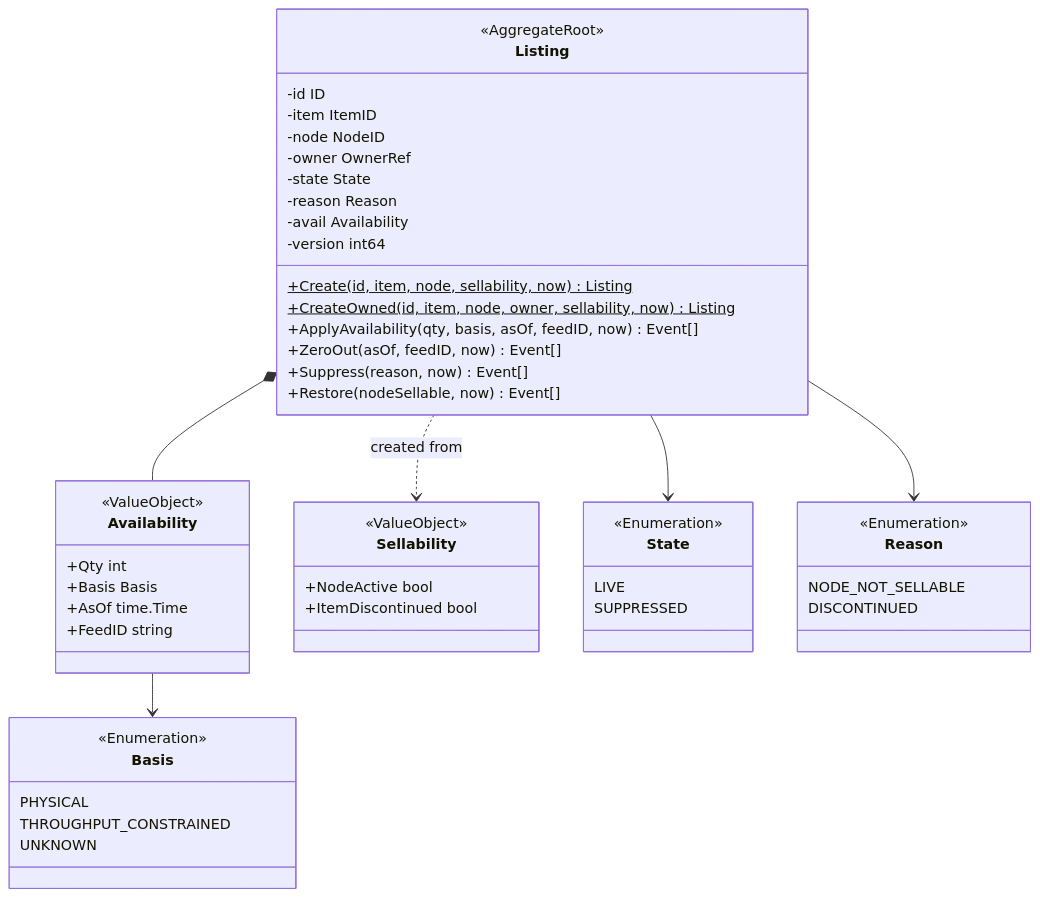
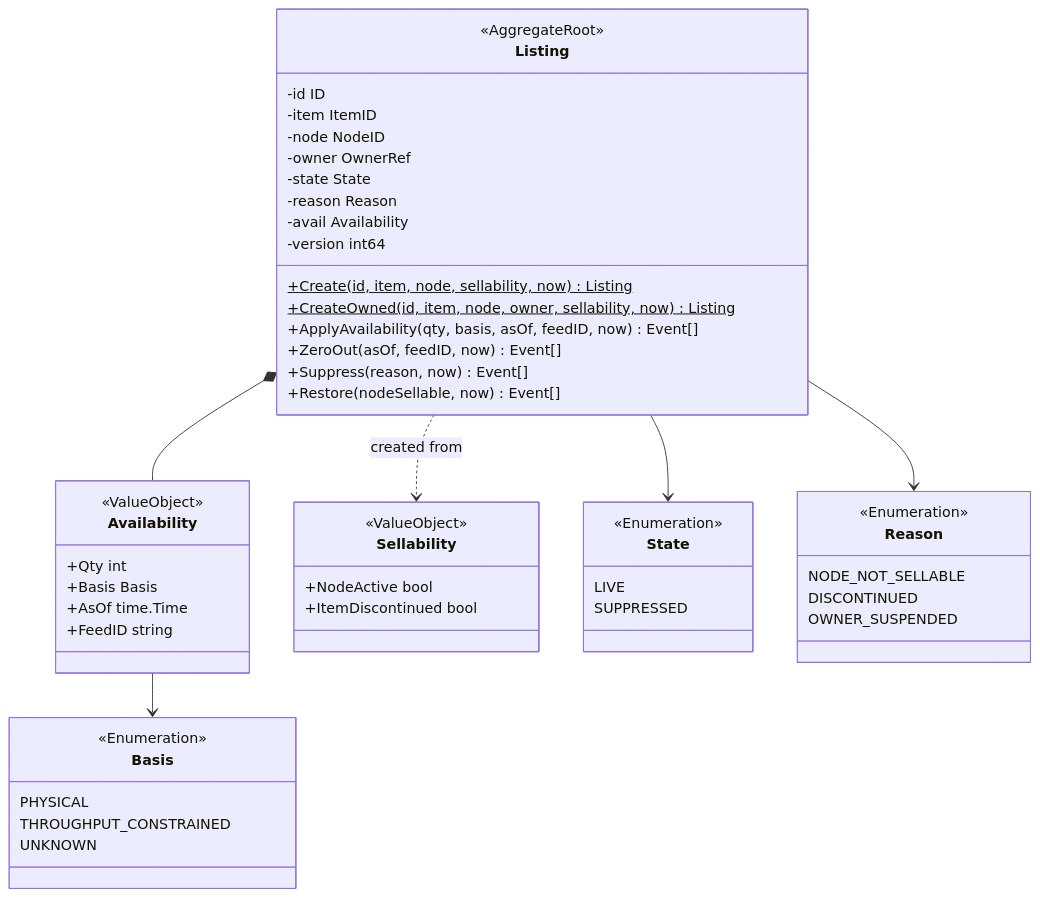
One commit to IQVO/offer-availability changed the second of 7 diagrams in docs/docs/ddd/class-diagram.md. Above: the diagram before and after it, drawn with Mermaid. The commit also changed 15 other files, not shown here.

````diff
--- a/docs/docs/ddd/class-diagram.md
+++ b/docs/docs/ddd/class-diagram.md
@@ -85,54 +85,55 @@
 ```mermaid
 classDiagram
     direction TB
     class Listing {
         <<AggregateRoot>>
         -id ID
         -item ItemID
         -node NodeID
         -owner OwnerRef
         -state State
         -reason Reason
         -avail Availability
         -version int64
         +Create(id, item, node, sellability, now)$ Listing
         +CreateOwned(id, item, node, owner, sellability, now)$ Listing
         +ApplyAvailability(qty, basis, asOf, feedID, now) Event[]
         +ZeroOut(asOf, feedID, now) Event[]
         +Suppress(reason, now) Event[]
         +Restore(nodeSellable, now) Event[]
     }
     class Availability {
         <<ValueObject>>
         +Qty int
         +Basis Basis
         +AsOf time.Time
         +FeedID string
     }
     class Sellability {
         <<ValueObject>>
         +NodeActive bool
         +ItemDiscontinued bool
     }
     class Basis {
         <<Enumeration>>
         PHYSICAL
         THROUGHPUT_CONSTRAINED
         UNKNOWN
     }
     class State {
         <<Enumeration>>
         LIVE
         SUPPRESSED
     }
     class Reason {
         <<Enumeration>>
         NODE_NOT_SELLABLE
         DISCONTINUED
+        OWNER_SUSPENDED
     }
     Listing *-- Availability
     Availability --> Basis
     Listing --> State
     Listing --> Reason
     Listing ..> Sellability : created from
 ```
````
